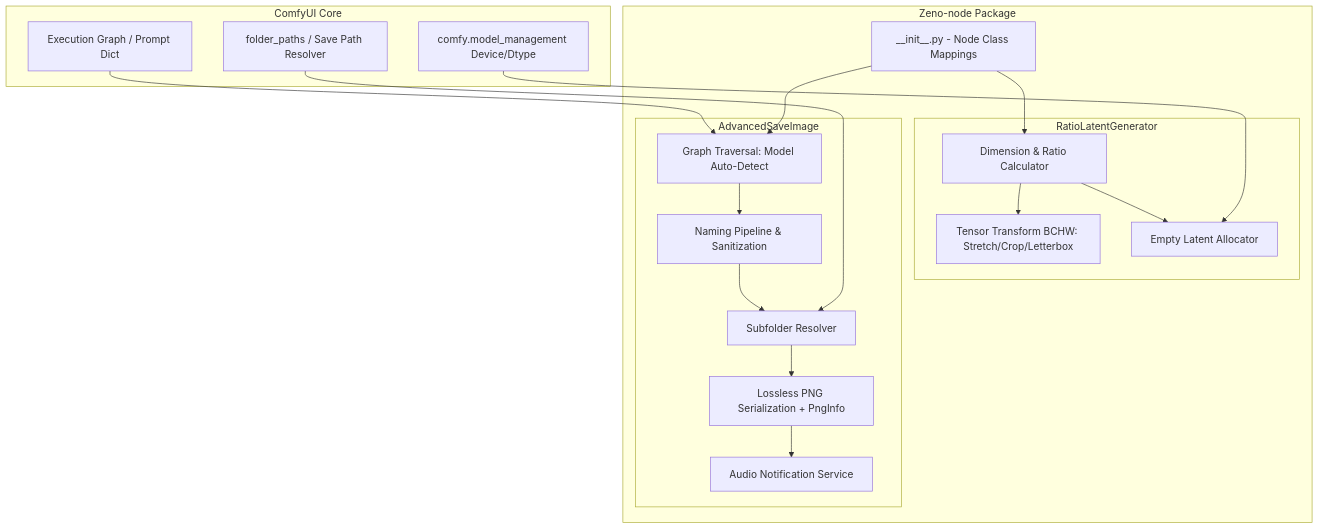
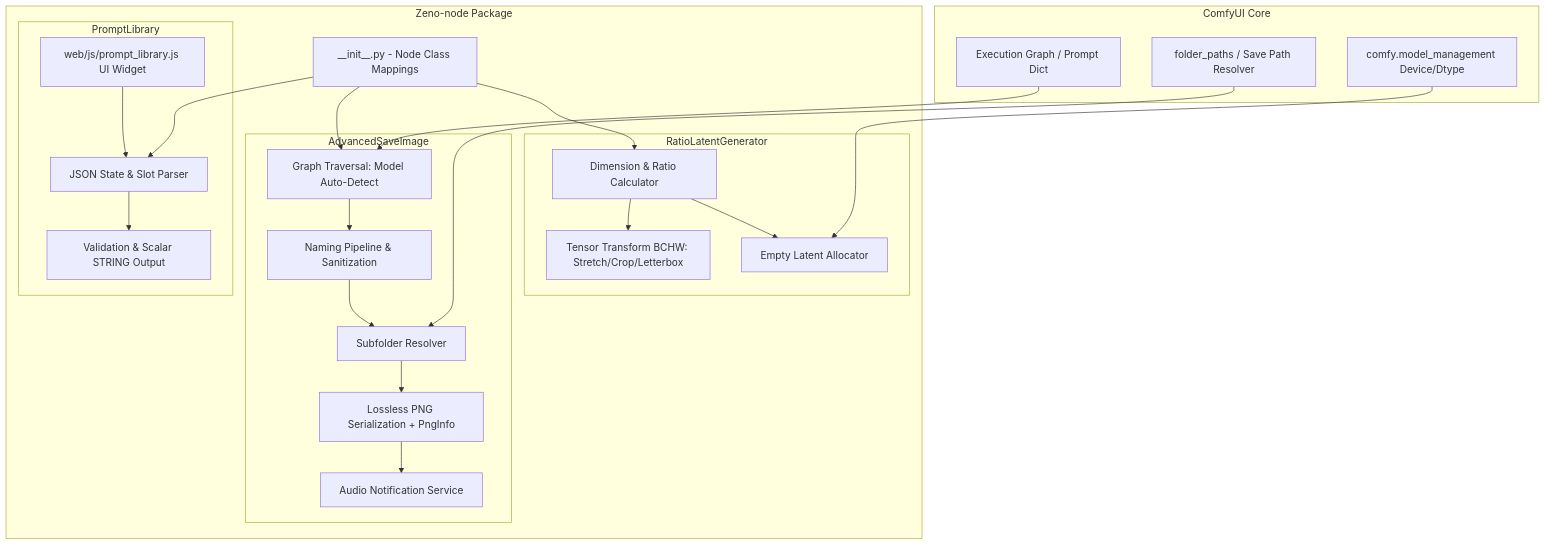
Before and after one commit to ZenoSigma/Zeno-node: the diagram in docs/architecture.md, drawn with Mermaid. The commit also changed other lines of this file and 6 other files, not shown here.

First line of the commit message:
feat: implement Zeno - Prompt Library node with UI extension and tests

````diff
--- a/docs/architecture.md
+++ b/docs/architecture.md
@@ -11,40 +11,50 @@
 ```mermaid
 graph TD
     subgraph ComfyUI Core
         G[Execution Graph / Prompt Dict]
         FP[folder_paths / Save Path Resolver]
         MM[comfy.model_management Device/Dtype]
     end
 
     subgraph Zeno-node Package
         INIT[__init__.py - Node Class Mappings]
         
         subgraph Latent Pipeline [RatioLatentGenerator]
             RL[Dimension & Ratio Calculator]
             TT[Tensor Transform BCHW: Stretch/Crop/Letterbox]
             EL[Empty Latent Allocator]
         end
 
         subgraph Save Image Pipeline [AdvancedSaveImage]
             GT[Graph Traversal: Model Auto-Detect]
             NP[Naming Pipeline & Sanitization]
             SF[Subfolder Resolver]
             PNG[Lossless PNG Serialization + PngInfo]
             AL[Audio Notification Service]
         end
+
+        subgraph Prompt Library Pipeline [PromptLibrary]
+            JS[web/js/prompt_library.js UI Widget]
+            JP[JSON State & Slot Parser]
+            VO[Validation & Scalar STRING Output]
+        end
     end
 
     INIT --> RL
     INIT --> GT
+    INIT --> JP
+
+    JS --> JP
+    JP --> VO
 
     G --> GT
     MM --> EL
     FP --> SF
 
     RL --> EL
     RL --> TT
     GT --> NP
     NP --> SF
     SF --> PNG
     PNG --> AL
 ```
````
